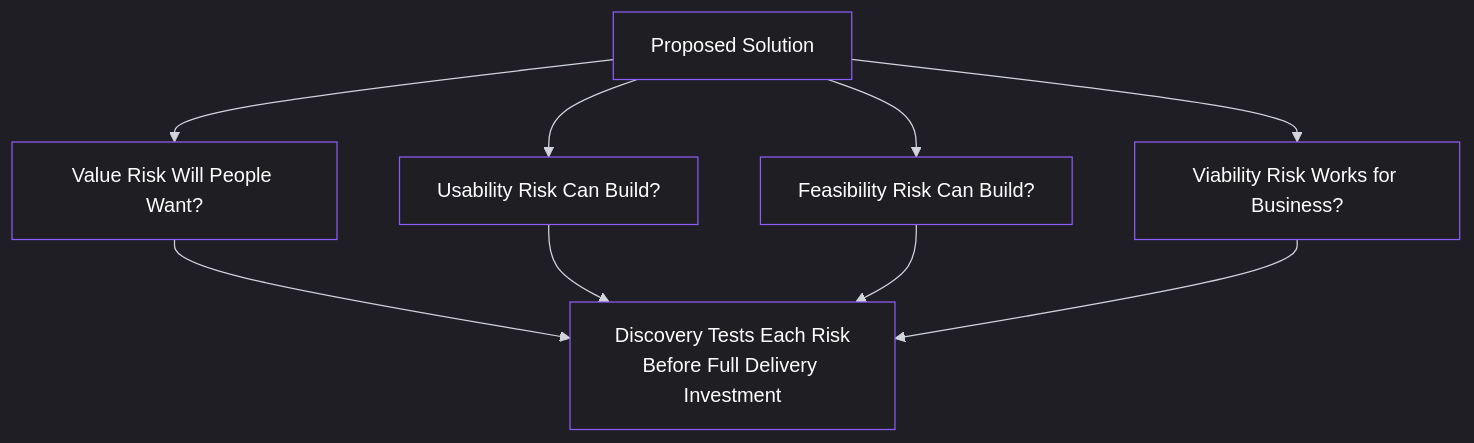
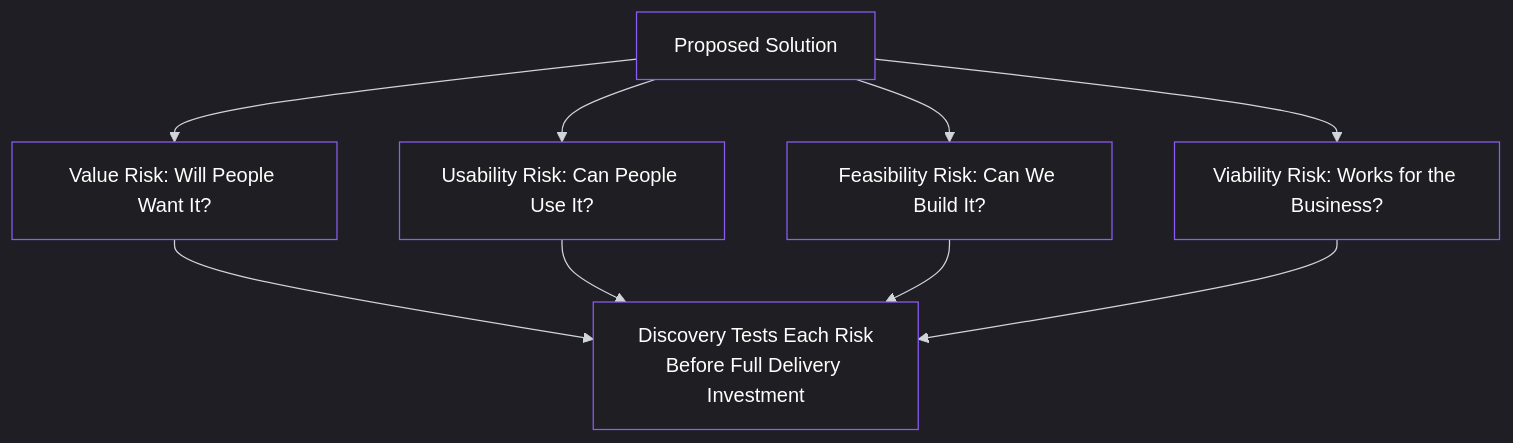
The first of 4 diagrams in content/lessons/lesson-008.md (pmacademy-app/web), drawn with Mermaid before and after one commit. The commit also changed 19 other files, not shown here.

````diff
--- a/content/lessons/lesson-008.md
+++ b/content/lessons/lesson-008.md
@@ -68,41 +68,41 @@
 ```mermaid
 %%{init: {
   "theme": "dark",
   "themeVariables": {
     "background": "#0b0b0c",
     "primaryColor": "#1f1f23",
     "primaryTextColor": "#ffffff",
     "primaryBorderColor": "#8b5cf6",
     "lineColor": "#d1d5db",
     "secondaryColor": "#18181b",
     "tertiaryColor": "#111111",
     "mainBkg": "#1f1f23",
     "nodeBorder": "#8b5cf6",
     "clusterBkg": "#000000",
     "clusterBorder": "#27272a",
     "titleColor": "#ffffff",
     "edgeLabelBackground": "#0b0b0c",
     "nodeTextColor": "#ffffff",
     "edgeLabelColor": "#ffffff",
     "actorBorder": "#8b5cf6",
     "actorBkg": "#1f1f23",
     "actorTextColor": "#ffffff",
     "sequenceNumberColor": "#ffffff",
     "signalColor": "#8b5cf6",
     "signalTextColor": "#ffffff",
     "textColor": "#ffffff",
     "classText": "#ffffff",
     "classBorder": "#8b5cf6",
     "classBkg": "#1f1f23"
   }
 }}%%
 graph TD
-    A[Proposed Solution] --> B[Value Risk Will People Want?]
-    A --> C[Usability Risk Can Build?]
-    A --> D[Feasibility Risk Can Build?]
-    A --> E[Viability Risk Works for Business?]
+    A[Proposed Solution] --> B[Value Risk: Will People Want It?]
+    A --> C[Usability Risk: Can People Use It?]
+    A --> D[Feasibility Risk: Can We Build It?]
+    A --> E[Viability Risk: Works for the Business?]
     B --> F[Discovery Tests Each Risk<br/>Before Full Delivery Investment]
     C --> F
     D --> F
     E --> F
 ```
````
